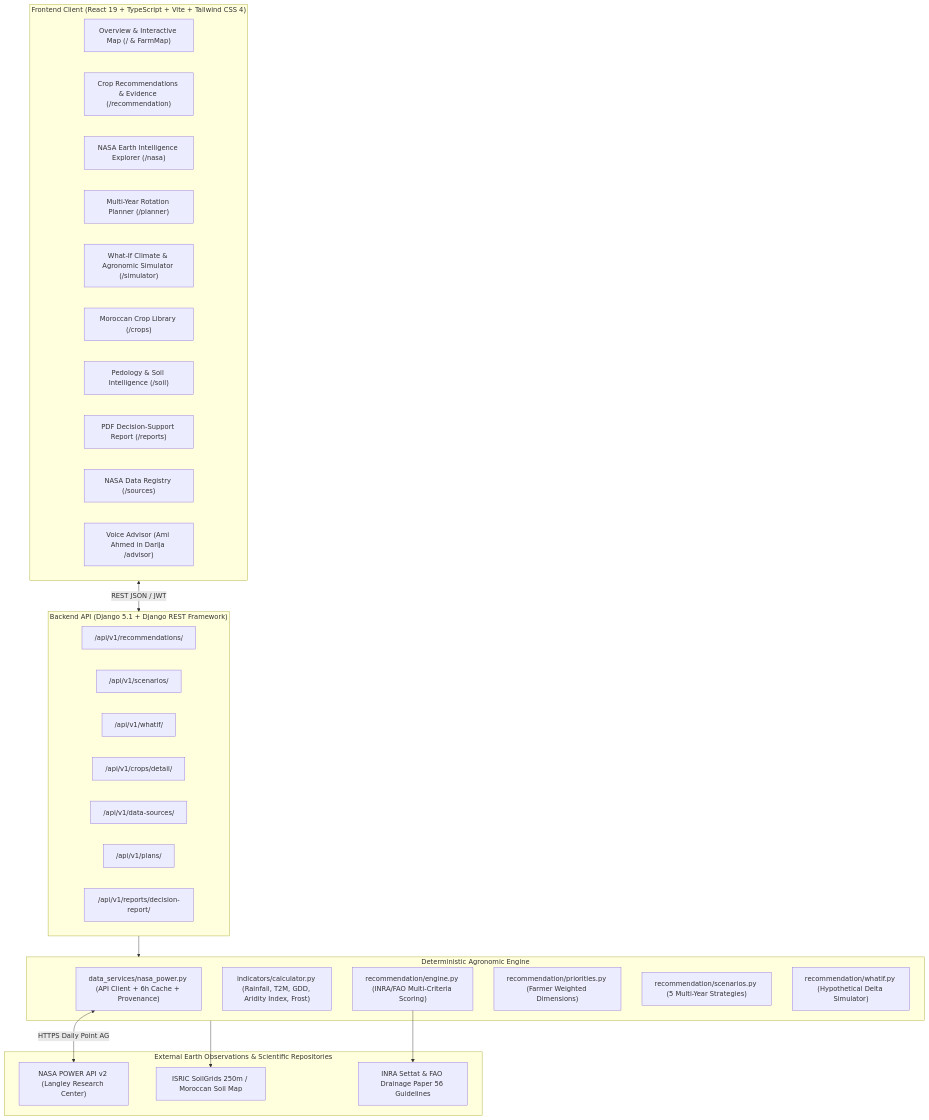
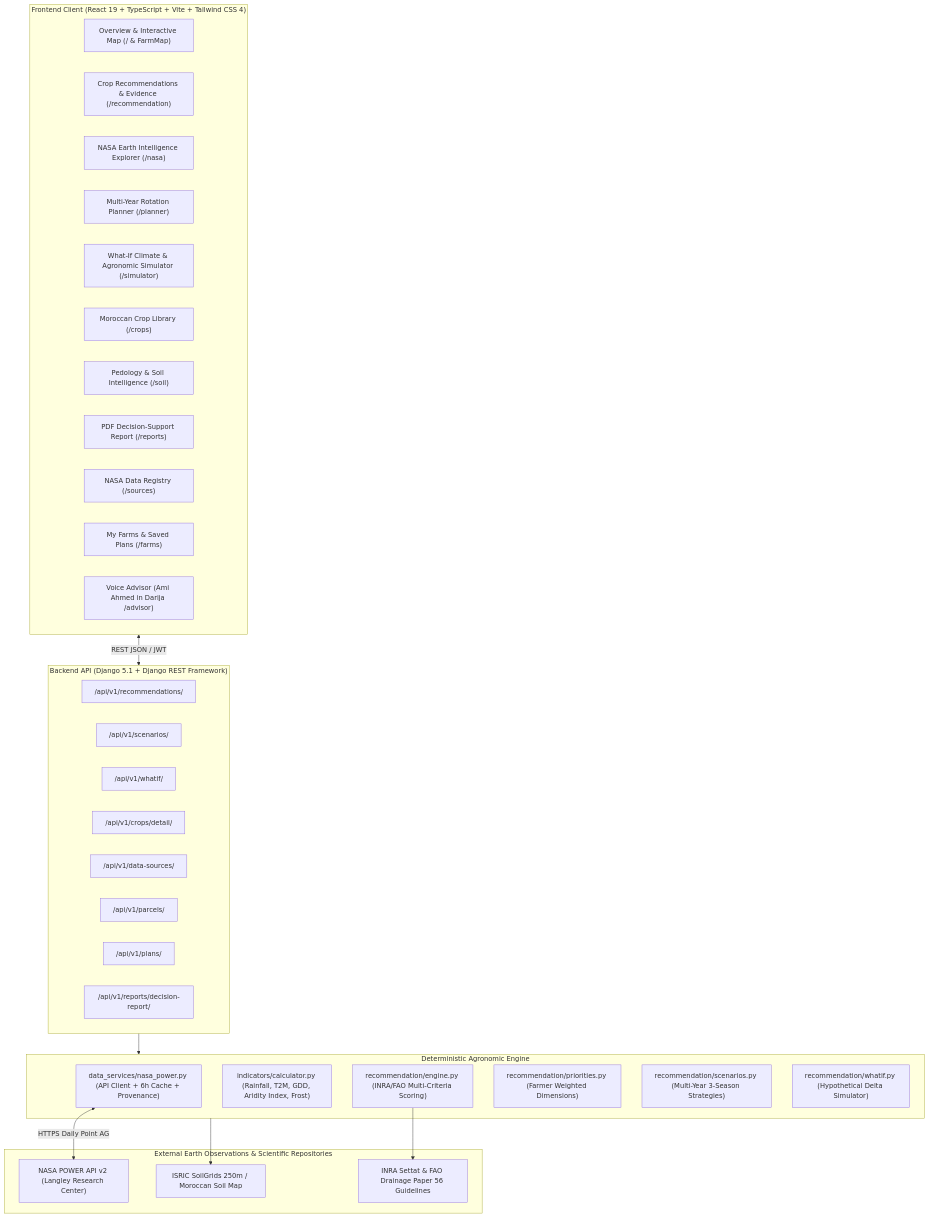
The diagram in README.md (medchetoui/TerraRota), drawn with Mermaid before and after one commit. The commit also changed other lines of this file, not shown here.

Commit message:
docs: update README with full system architecture, NASA integration, and quickstart

````diff
--- a/README.md
+++ b/README.md
@@ -22,46 +22,48 @@
 ```mermaid
 flowchart TD
     subgraph Client["Frontend Client (React 19 + TypeScript + Vite + Tailwind CSS 4)"]
         UI_Home["Overview & Interactive Map (/ & FarmMap)"]
         UI_Rec["Crop Recommendations & Evidence (/recommendation)"]
         UI_NASA["NASA Earth Intelligence Explorer (/nasa)"]
         UI_Plan["Multi-Year Rotation Planner (/planner)"]
         UI_Sim["What-If Climate & Agronomic Simulator (/simulator)"]
         UI_Crops["Moroccan Crop Library (/crops)"]
         UI_Soil["Pedology & Soil Intelligence (/soil)"]
         UI_Report["PDF Decision-Support Report (/reports)"]
         UI_Sources["NASA Data Registry (/sources)"]
+        UI_Farms["My Farms & Saved Plans (/farms)"]
         UI_Advisor["Voice Advisor (Ami Ahmed in Darija /advisor)"]
     end
 
     subgraph API["Backend API (Django 5.1 + Django REST Framework)"]
         Endpoint_Rec["/api/v1/recommendations/"]
         Endpoint_Scen["/api/v1/scenarios/"]
         Endpoint_WhatIf["/api/v1/whatif/"]
         Endpoint_Crops["/api/v1/crops/detail/"]
         Endpoint_Sources["/api/v1/data-sources/"]
+        Endpoint_Parcels["/api/v1/parcels/"]
         Endpoint_Plans["/api/v1/plans/"]
         Endpoint_Reports["/api/v1/reports/decision-report/"]
     end
 
     subgraph Core["Deterministic Agronomic Engine"]
         NASA_Client["data_services/nasa_power.py (API Client + 6h Cache + Provenance)"]
         Calc["indicators/calculator.py (Rainfall, T2M, GDD, Aridity Index, Frost)"]
         Engine["recommendation/engine.py (INRA/FAO Multi-Criteria Scoring)"]
         Prio["recommendation/priorities.py (Farmer Weighted Dimensions)"]
-        ScenGen["recommendation/scenarios.py (5 Multi-Year Strategies)"]
+        ScenGen["recommendation/scenarios.py (Multi-Year 3-Season Strategies)"]
         WhatIfGen["recommendation/whatif.py (Hypothetical Delta Simulator)"]
     end
 
     subgraph External["External Earth Observations & Scientific Repositories"]
         NASA_POWER["NASA POWER API v2 (Langley Research Center)"]
         SoilGrids["ISRIC SoilGrids 250m / Moroccan Soil Map"]
         INRA_Rules["INRA Settat & FAO Drainage Paper 56 Guidelines"]
     end
 
     Client <-->|REST JSON / JWT| API
     API --> Core
     NASA_Client <-->|HTTPS Daily Point AG| NASA_POWER
     Engine --> INRA_Rules
     Core --> SoilGrids
 ```
````
